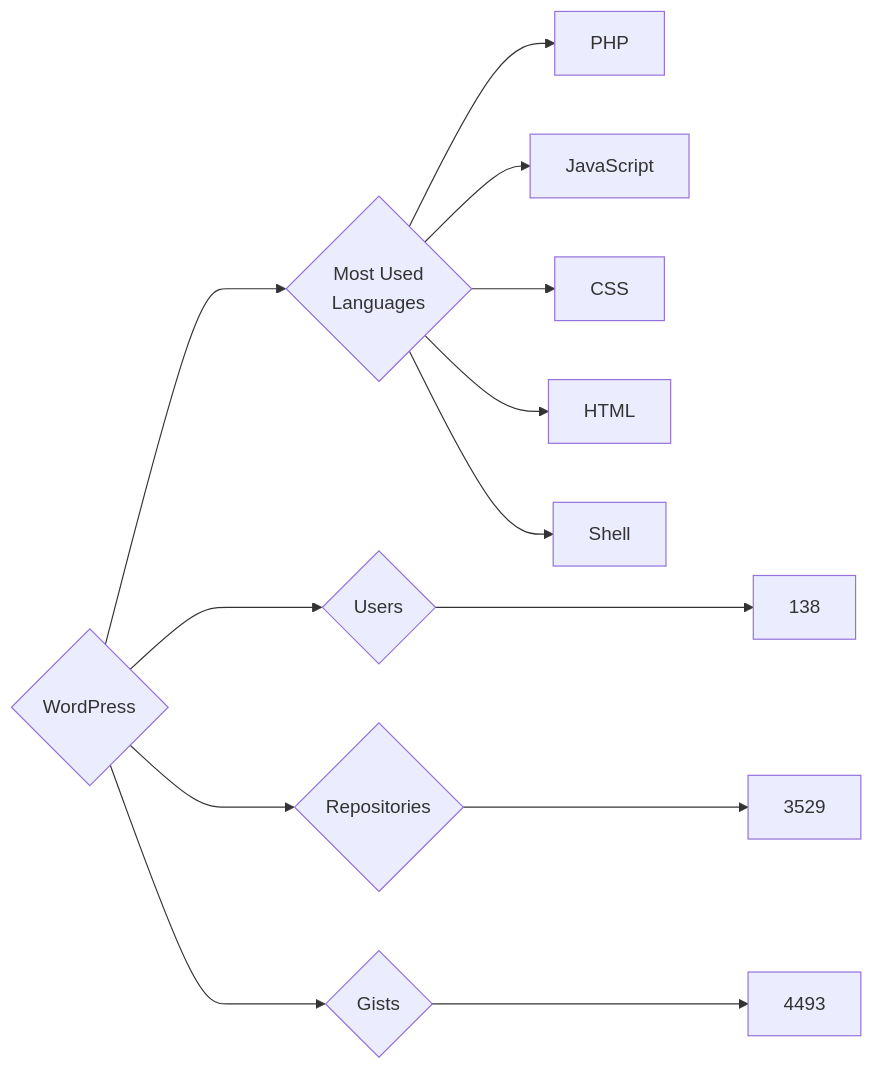
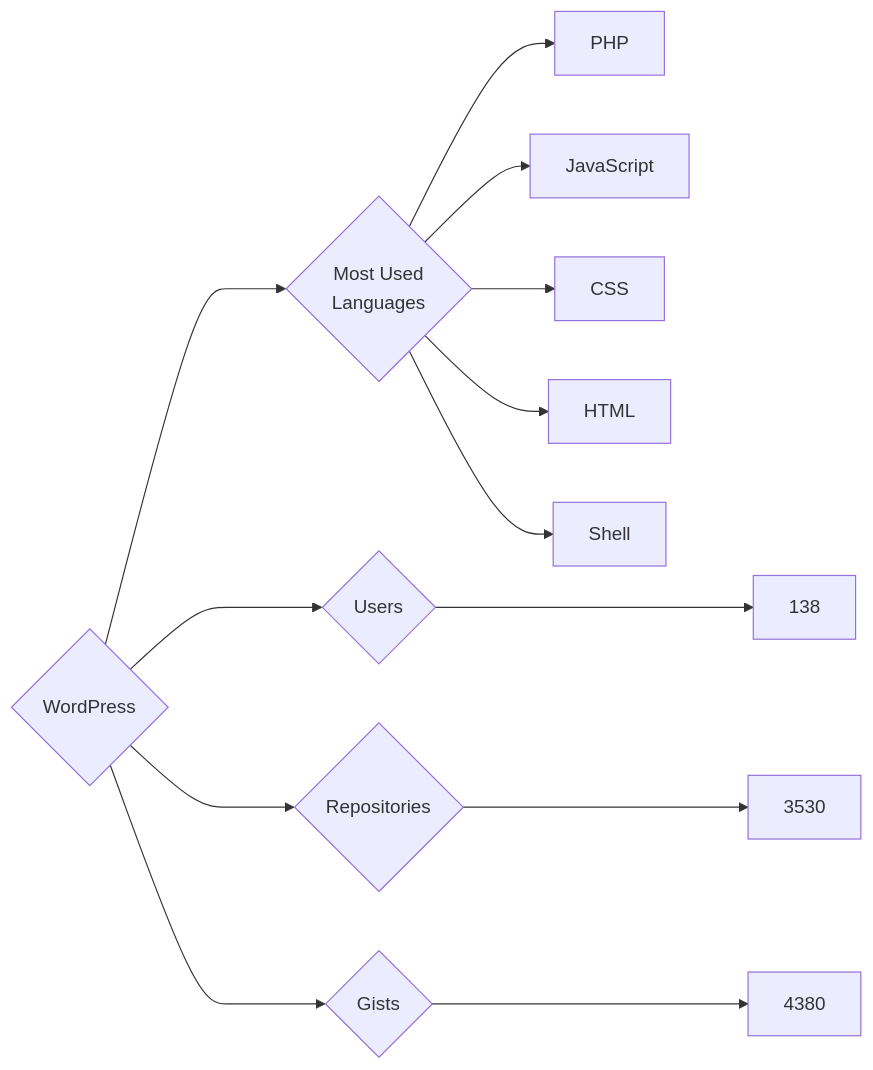
The diagram in targets/WordPress/README.md (trickest/insiders), drawn with Mermaid before and after one commit. The commit also changed 765 other files, not shown here.

````diff
--- a/targets/WordPress/README.md
+++ b/targets/WordPress/README.md
@@ -3,13 +3,13 @@
 ```mermaid
 graph LR
 COMPANY_NAME{WordPress}
 COMPANY_NAME ---> U{Users} ---> UN[138]
-COMPANY_NAME ---> R{Repositories} ---> RN[3529]
-COMPANY_NAME ---> G{Gists} ---> GN[4493]
+COMPANY_NAME ---> R{Repositories} ---> RN[3530]
+COMPANY_NAME ---> G{Gists} ---> GN[4380]
 COMPANY_NAME ---> ML{Most Used<br>Languages}
 ML --> PHP[PHP]
 ML --> JavaScript[JavaScript]
 ML --> CSS[CSS]
 ML --> HTML[HTML]
 ML --> Shell[Shell]
 ```
````
